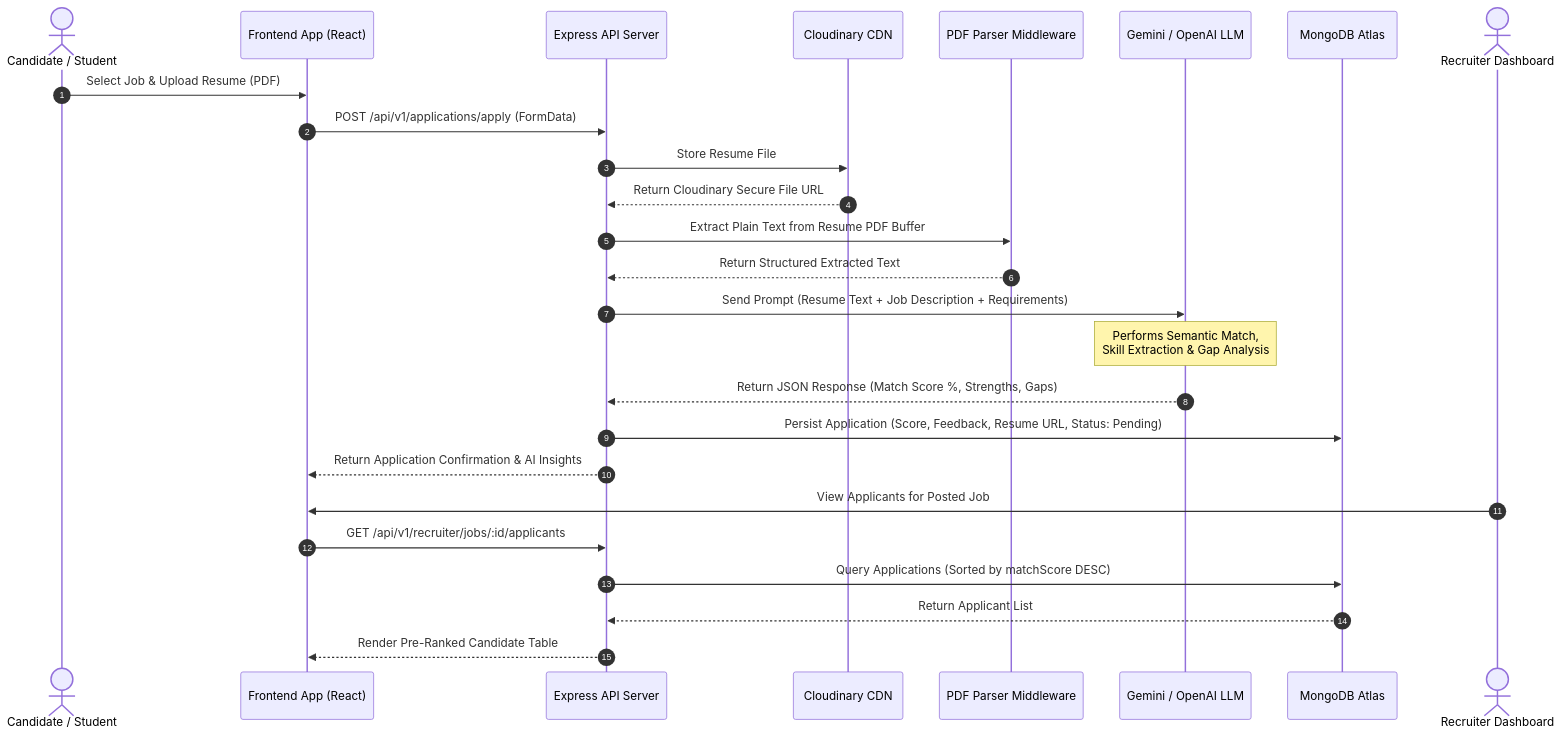
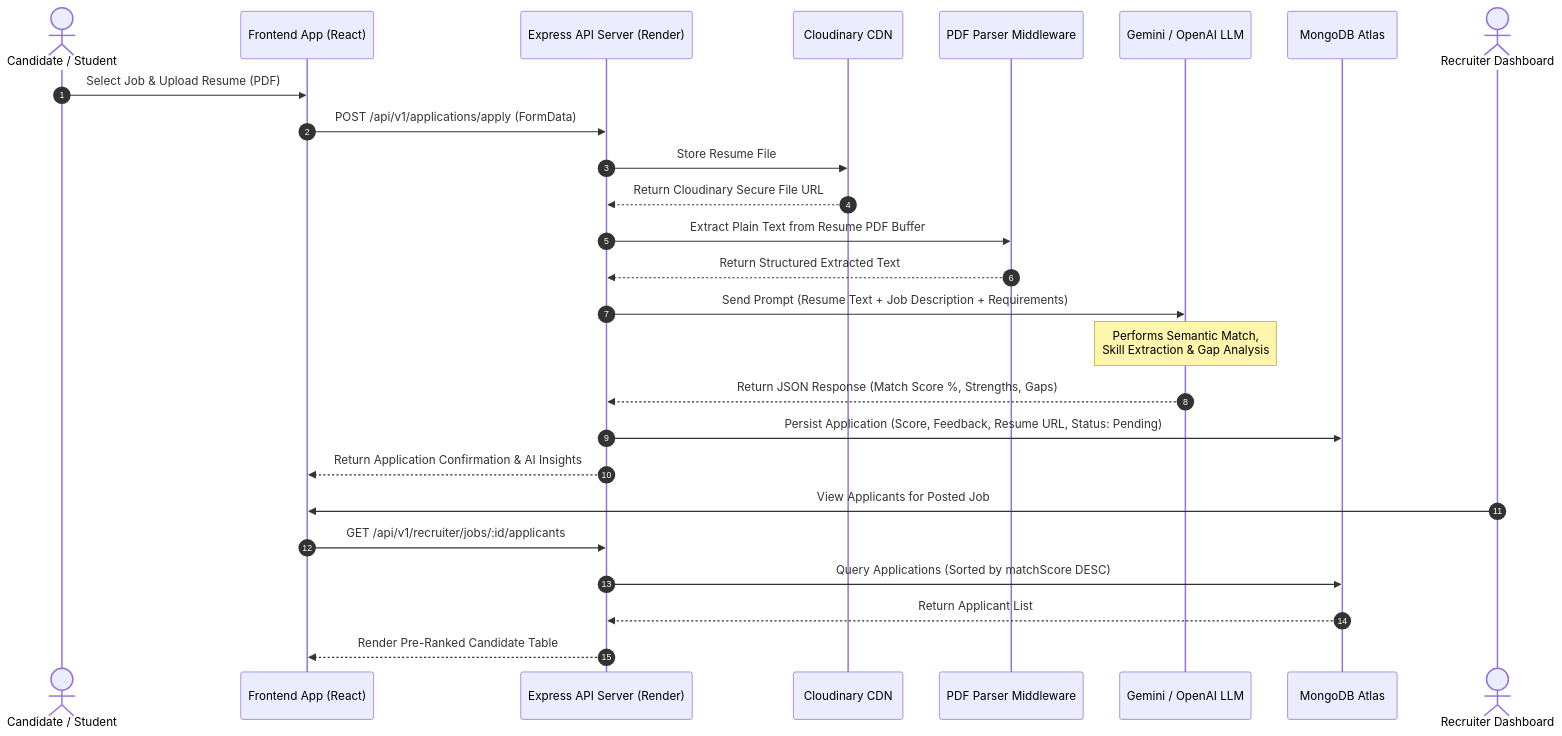
One commit to sheetanshumohan/AI-Job-Portal changed the second of 4 diagrams in README.md. Above: the diagram before and after it, drawn with Mermaid. The commit also changed other lines of this file, not shown here.

Commit message:
docs: update live deployment URLs and specify Render backend hosting

````diff
--- a/README.md
+++ b/README.md
@@ -88,29 +89,29 @@
 ```mermaid
 sequenceDiagram
     autonumber
     actor Candidate as Candidate / Student
     participant UI as Frontend App (React)
-    participant API as Express API Server
+    participant API as Express API Server (Render)
     participant Storage as Cloudinary CDN
     participant Parser as PDF Parser Middleware
     participant AI as Gemini / OpenAI LLM
     participant DB as MongoDB Atlas
     actor Recruiter as Recruiter Dashboard
 
     Candidate->>UI: Select Job & Upload Resume (PDF)
     UI->>API: POST /api/v1/applications/apply (FormData)
     API->>Storage: Store Resume File
     Storage-->>API: Return Cloudinary Secure File URL
     API->>Parser: Extract Plain Text from Resume PDF Buffer
     Parser-->>API: Return Structured Extracted Text
     API->>AI: Send Prompt (Resume Text + Job Description + Requirements)
     Note over AI: Performs Semantic Match,<br/>Skill Extraction & Gap Analysis
     AI-->>API: Return JSON Response (Match Score %, Strengths, Gaps)
     API->>DB: Persist Application (Score, Feedback, Resume URL, Status: Pending)
     API-->>UI: Return Application Confirmation & AI Insights
     Recruiter->>UI: View Applicants for Posted Job
     UI->>API: GET /api/v1/recruiter/jobs/:id/applicants
     API->>DB: Query Applications (Sorted by matchScore DESC)
     DB-->>API: Return Applicant List
     API-->>UI: Render Pre-Ranked Candidate Table
 ```
````
